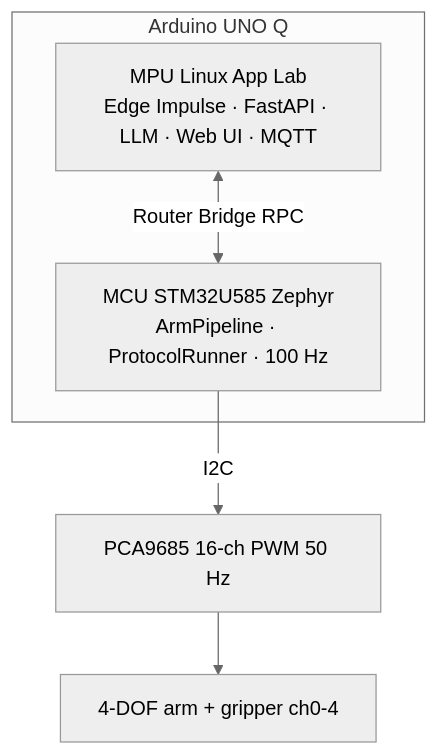
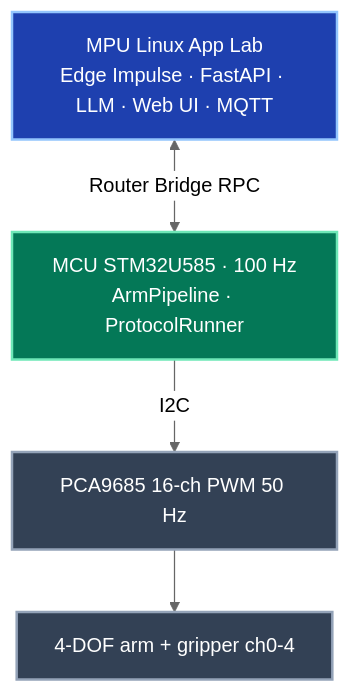
Before and after one commit to altaga/Armic: the diagram in docs/architecture.md, drawn with Mermaid (neutral theme). The commit also changed 25 other files, not shown here.

````diff
--- a/docs/architecture.md
+++ b/docs/architecture.md
@@ -5,10 +5,15 @@
 ```mermaid
 flowchart TB
-  subgraph UNO_Q["Arduino UNO Q"]
-    MPU["MPU Linux App Lab\nEdge Impulse · FastAPI · LLM · Web UI · MQTT"]
-    MCU["MCU STM32U585 Zephyr\nArmPipeline · ProtocolRunner · 100 Hz"]
-    MPU <-->|Router Bridge RPC| MCU
-  end
+  MPU["MPU Linux App Lab\nEdge Impulse · FastAPI · LLM · Web UI · MQTT"]
+  MCU["MCU STM32U585 · 100 Hz\nArmPipeline · ProtocolRunner"]
+  MPU <-->|Router Bridge RPC| MCU
   MCU -->|I2C| PCA["PCA9685 16-ch PWM 50 Hz"]
   PCA --> ARM["4-DOF arm + gripper ch0-4"]
+
+  classDef mpu fill:#1e40af,color:#ffffff,stroke:#93c5fd,stroke-width:2px
+  classDef mcu fill:#047857,color:#ffffff,stroke:#6ee7b7,stroke-width:2px
+  classDef hw fill:#334155,color:#ffffff,stroke:#94a3b8,stroke-width:2px
+  class MPU mpu
+  class MCU mcu
+  class PCA,ARM hw
 ```
````
